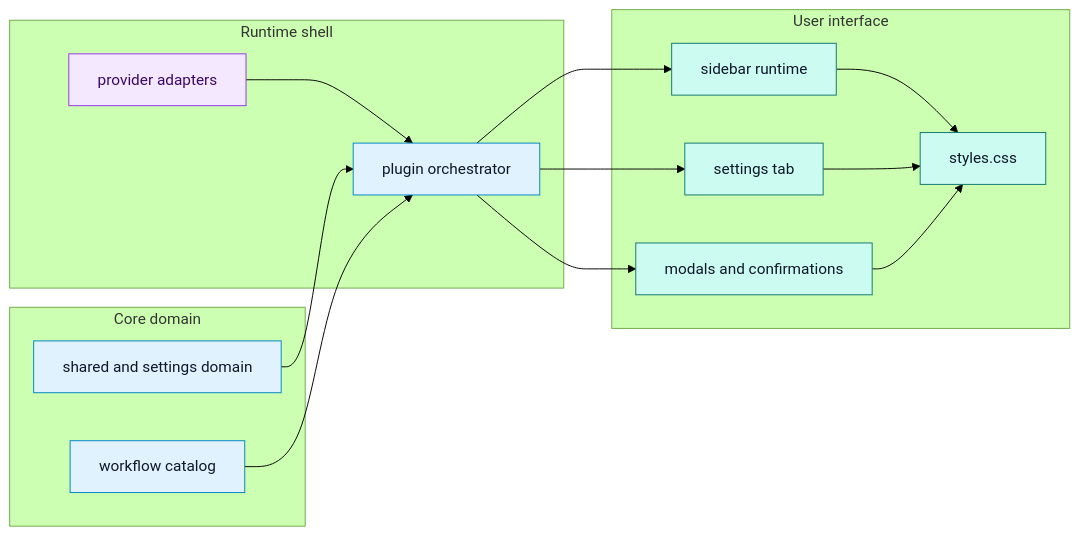
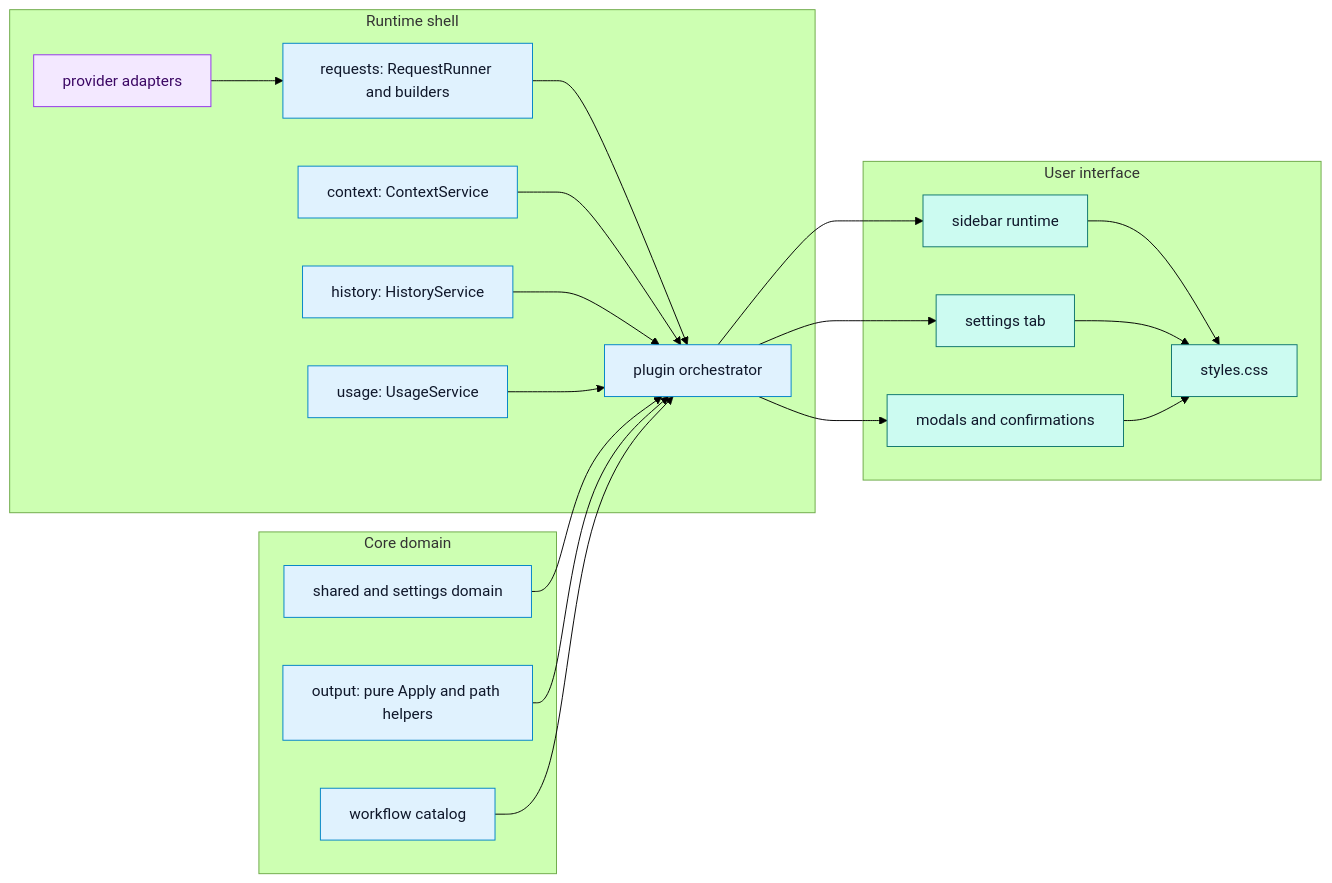
The diagram in DigVis/02-module-breakdown.md (CodeWithBehnam/askmate), drawn with Mermaid (forest theme) before and after one commit. The commit also changed other lines of this file and 88 other files, not shown here.

````diff
--- a/DigVis/02-module-breakdown.md
+++ b/DigVis/02-module-breakdown.md
@@ -9,39 +9,49 @@
 ```mermaid
 flowchart LR
   Shared["shared and settings domain"] --> Plugin["plugin orchestrator"]
-  Providers["provider adapters"] --> Plugin
+  Providers["provider adapters"] --> Runner["requests: RequestRunner and builders"]
+  Runner --> Plugin
+  Context["context: ContextService"] --> Plugin
+  History["history: HistoryService"] --> Plugin
+  Usage["usage: UsageService"] --> Plugin
+  Output["output: pure Apply and path helpers"] --> Plugin
   Workflows["workflow catalog"] --> Plugin
   Plugin --> Sidebar["sidebar runtime"]
   Plugin --> SettingsTab["settings tab"]
   Plugin --> Modals["modals and confirmations"]
   Sidebar --> Styles["styles.css"]
   SettingsTab --> Styles
   Modals --> Styles
 
   subgraph "Core domain"
     Shared
     Workflows
+    Output
   end
 
   subgraph "Runtime shell"
     Plugin
+    Context
+    Runner
+    History
+    Usage
     Providers
   end
 
   subgraph "User interface"
     Sidebar
     SettingsTab
     Modals
     Styles
   end
 
   classDef core fill:#E0F2FE,stroke:#0284C7,color:#0F172A
   classDef config fill:#F1F5F9,stroke:#64748B,color:#0F172A
   classDef external fill:#F3E8FF,stroke:#9333EA,color:#3B0764
   classDef user fill:#CCFBF1,stroke:#0F766E,color:#0F172A
 
-  class Shared,Workflows core
-  class Plugin core
+  class Shared,Workflows,Output core
+  class Plugin,Context,Runner,History,Usage core
   class Providers external
   class Sidebar,SettingsTab,Modals,Styles user
 ```
````
